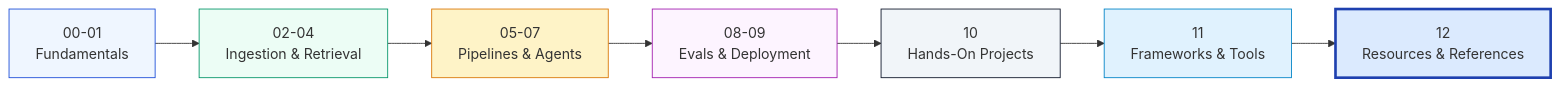
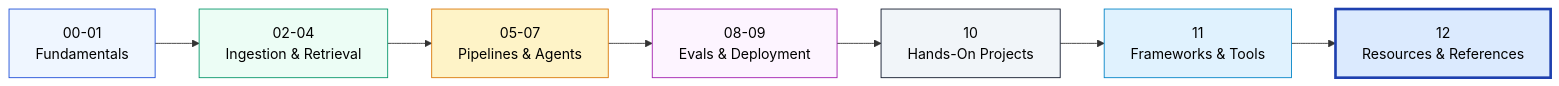
One commit to swapnil3104/RAG-Engineering changed the fourth of 4 diagrams in 12-Resources/README.md. Above: the diagram before and after it, drawn with Mermaid. The commit also changed other lines of this file and 108 other files, not shown here.

Commit message:
fix: make chart text visible across all Mermaid diagrams and resolve markdown table formatting issues

````diff
--- a/12-Resources/README.md
+++ b/12-Resources/README.md
@@ -274,17 +274,17 @@
 ```mermaid
 flowchart LR
     M00["00-01<br/>Fundamentals"] --> M02["02-04<br/>Ingestion & Retrieval"]
     M02 --> M05["05-07<br/>Pipelines & Agents"]
     M05 --> M08["08-09<br/>Evals & Deployment"]
     M08 --> M10["10<br/>Hands-On Projects"]
     M10 --> M11["11<br/>Frameworks & Tools"]
     M11 --> M12["12<br/>Resources & References"]
 
-    style M00 fill:#eff6ff,stroke:#1d4ed8,stroke-width:1px
-    style M02 fill:#ecfdf5,stroke:#059669,stroke-width:1px
-    style M05 fill:#fef3c7,stroke:#d97706,stroke-width:1px
-    style M08 fill:#fdf4ff,stroke:#a21caf,stroke-width:1px
-    style M10 fill:#f1f5f9,stroke:#0f172a,stroke-width:1px
-    style M11 fill:#e0f2fe,stroke:#0284c7,stroke-width:1px
-    style M12 fill:#dbeafe,stroke:#1e40af,stroke-width:3px
+    style M00 fill:#eff6ff,stroke:#1d4ed8,stroke-width:1px,color:#000000
+    style M02 fill:#ecfdf5,stroke:#059669,stroke-width:1px,color:#000000
+    style M05 fill:#fef3c7,stroke:#d97706,stroke-width:1px,color:#000000
+    style M08 fill:#fdf4ff,stroke:#a21caf,stroke-width:1px,color:#000000
+    style M10 fill:#f1f5f9,stroke:#0f172a,stroke-width:1px,color:#000000
+    style M11 fill:#e0f2fe,stroke:#0284c7,stroke-width:1px,color:#000000
+    style M12 fill:#dbeafe,stroke:#1e40af,stroke-width:3px,color:#000000
 ```
````
